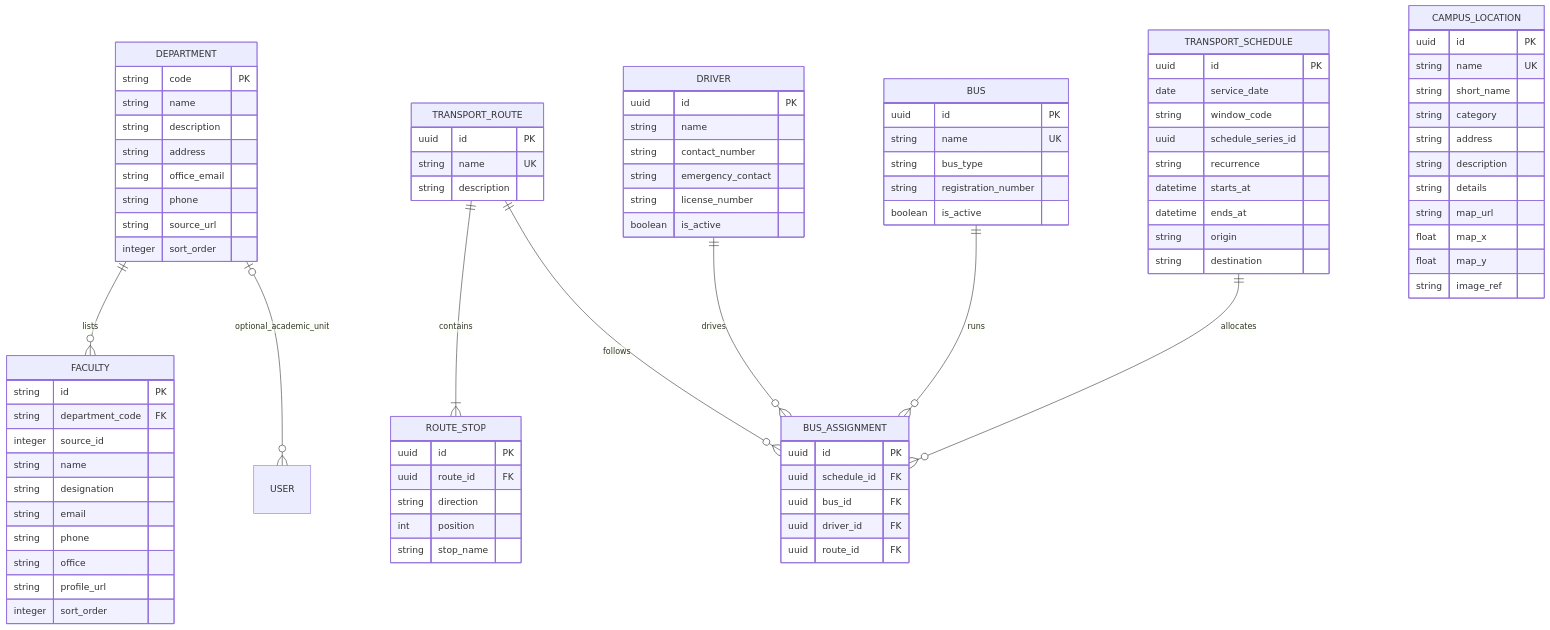
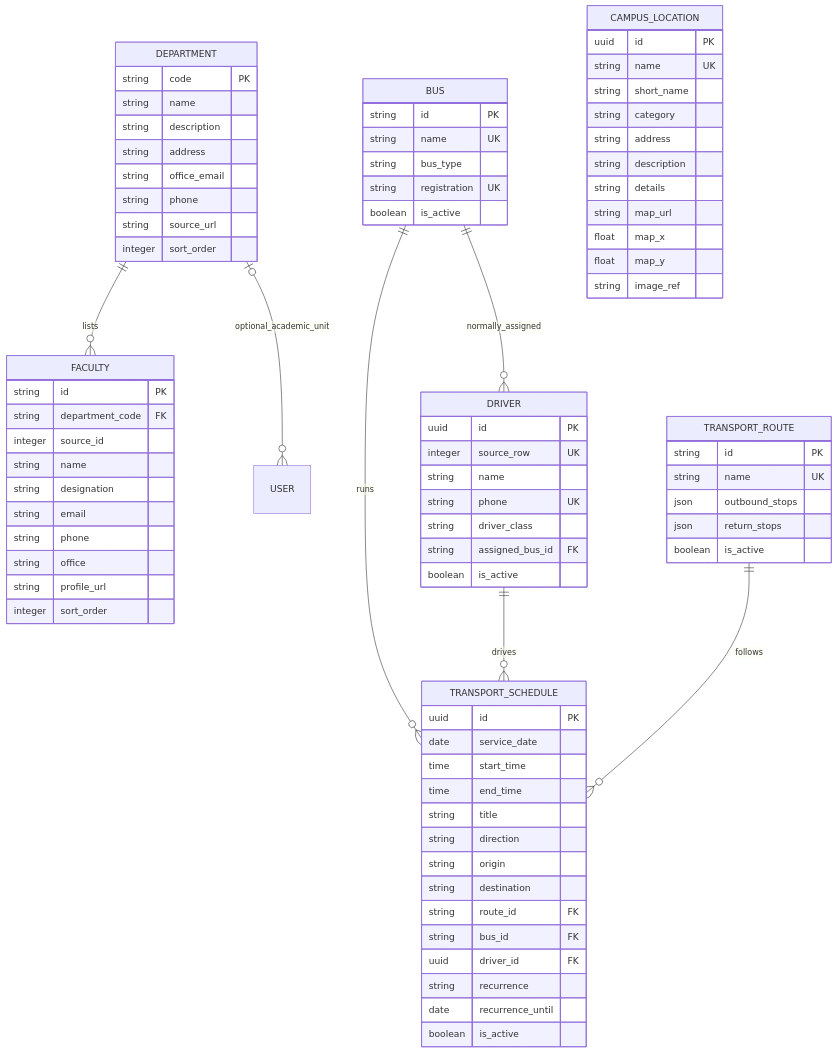
One commit to anindya357/UniCircle changed the second of 4 diagrams in docs/design/ERD.md. Above: the diagram before and after it, drawn with Mermaid. The commit also changed other lines of this file and 28 other files, not shown here.

````diff
--- a/docs/design/ERD.md
+++ b/docs/design/ERD.md
@@ -165,11 +165,10 @@
 erDiagram
     DEPARTMENT ||--o{ FACULTY : lists
     DEPARTMENT o|--o{ USER : optional_academic_unit
-    TRANSPORT_ROUTE ||--|{ ROUTE_STOP : contains
-    TRANSPORT_SCHEDULE ||--o{ BUS_ASSIGNMENT : allocates
-    BUS ||--o{ BUS_ASSIGNMENT : runs
-    DRIVER ||--o{ BUS_ASSIGNMENT : drives
-    TRANSPORT_ROUTE ||--o{ BUS_ASSIGNMENT : follows
+    BUS ||--o{ DRIVER : normally_assigned
+    BUS ||--o{ TRANSPORT_SCHEDULE : runs
+    DRIVER ||--o{ TRANSPORT_SCHEDULE : drives
+    TRANSPORT_ROUTE ||--o{ TRANSPORT_SCHEDULE : follows
 
     DEPARTMENT {
         string code PK
@@ -207,48 +206,42 @@
         string image_ref
     }
     BUS {
-        uuid id PK
+        string id PK
         string name UK
         string bus_type
-        string registration_number
+        string registration UK
         boolean is_active
     }
     DRIVER {
         uuid id PK
+        integer source_row UK
         string name
-        string contact_number
-        string emergency_contact
-        string license_number
+        string phone UK
+        string driver_class
+        string assigned_bus_id FK
         boolean is_active
     }
     TRANSPORT_ROUTE {
-        uuid id PK
+        string id PK
         string name UK
-        string description
-    }
-    ROUTE_STOP {
-        uuid id PK
-        uuid route_id FK
-        string direction
-        int position
-        string stop_name
+        json outbound_stops
+        json return_stops
+        boolean is_active
     }
     TRANSPORT_SCHEDULE {
         uuid id PK
         date service_date
-        string window_code
-        uuid schedule_series_id
-        string recurrence
-        datetime starts_at
-        datetime ends_at
+        time start_time
+        time end_time
+        string title
+        string direction
         string origin
         string destination
-    }
-    BUS_ASSIGNMENT {
-        uuid id PK
-        uuid schedule_id FK
-        uuid bus_id FK
+        string route_id FK
+        string bus_id FK
         uuid driver_id FK
-        uuid route_id FK
+        string recurrence
+        date recurrence_until
+        boolean is_active
     }
 ```
````
